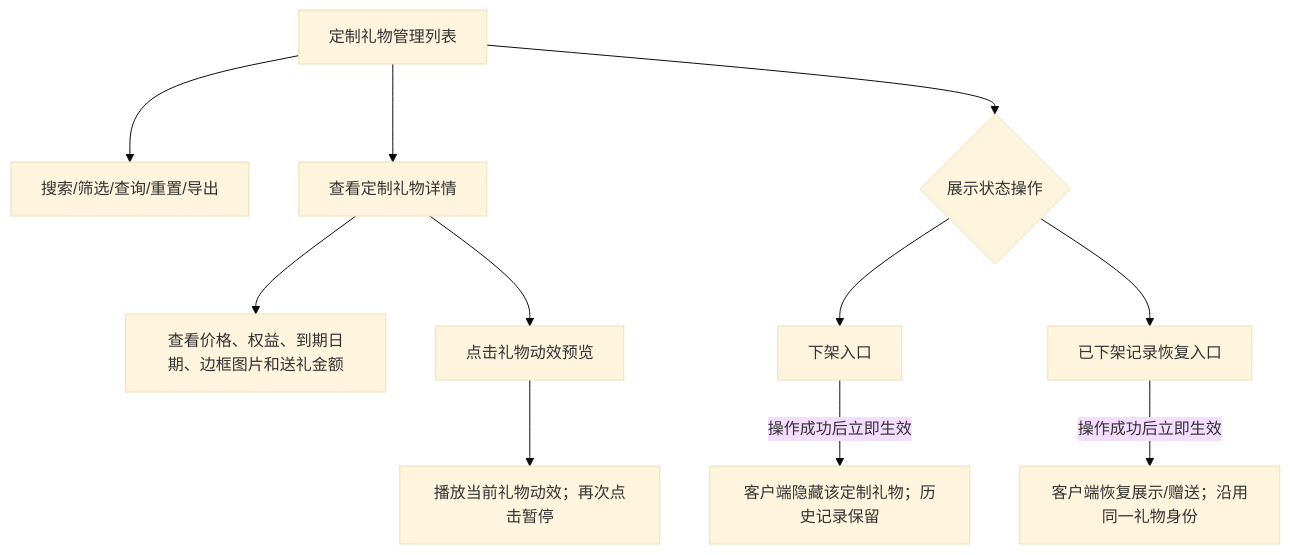
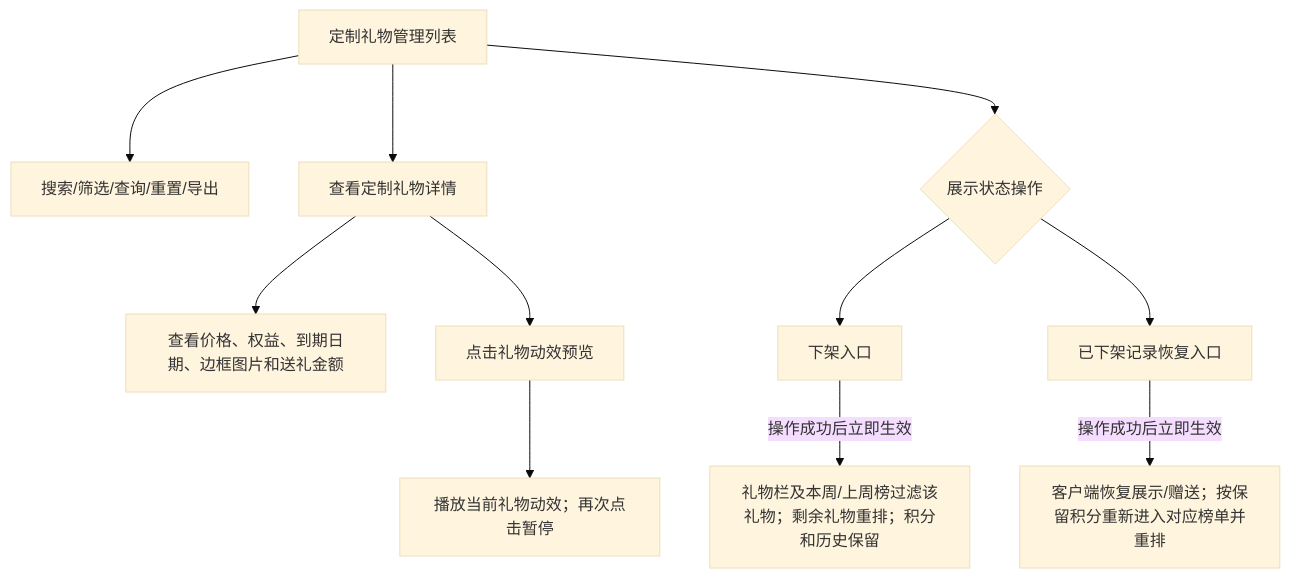
The third of 3 diagrams in 定制礼物需求文档.md (kocekid/TOPKHALIJ_2.1.40), drawn with Mermaid (base theme) before and after one commit. The commit also changed other lines of this file, not shown here.

````diff
--- a/定制礼物需求文档.md
+++ b/定制礼物需求文档.md
@@ -717,13 +717,13 @@
 ```mermaid
 flowchart TD
     A["定制礼物管理列表"] --> B["搜索/筛选/查询/重置/导出"]
     A --> C["查看定制礼物详情"]
     C --> D["查看价格、权益、到期日期、边框图片和送礼金额"]
     C --> I["点击礼物动效预览"]
     I --> J["播放当前礼物动效；再次点击暂停"]
     A --> E{"展示状态操作"}
     E --> F["下架入口"]
     E --> G["已下架记录恢复入口"]
-    F -->|"操作成功后立即生效"| H["客户端隐藏该定制礼物；历史记录保留"]
-    G -->|"操作成功后立即生效"| H2["客户端恢复展示/赠送；沿用同一礼物身份"]
+    F -->|"操作成功后立即生效"| H["礼物栏及本周/上周榜过滤该礼物；剩余礼物重排；积分和历史保留"]
+    G -->|"操作成功后立即生效"| H2["客户端恢复展示/赠送；按保留积分重新进入对应榜单并重排"]
 ```
````
